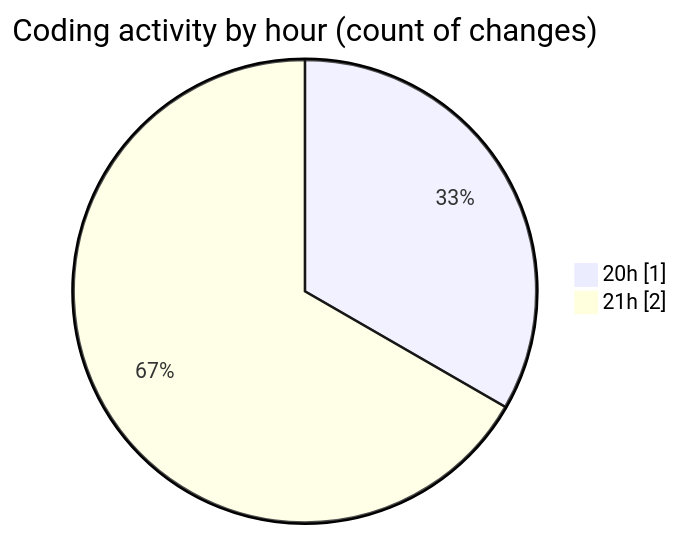
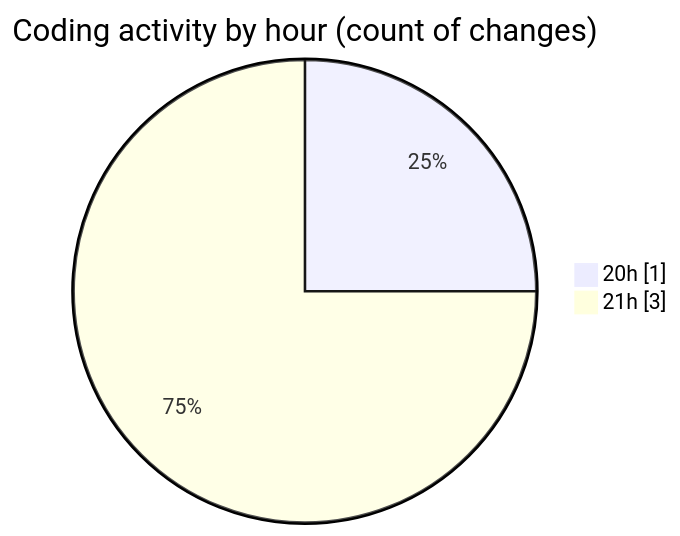
The second of 2 diagrams in 2025-02-06/portofolio/README.md (donsfak/code-tracking), drawn with Mermaid before and after one commit. The commit also changed other lines of this file and 1 other file, not shown here.

````diff
--- a/2025-02-06/portofolio/README.md
+++ b/2025-02-06/portofolio/README.md
@@ -30,6 +32,6 @@
 ```mermaid
 pie showData
 title Coding activity by hour (count of changes)
 "20h" : 1
-"21h" : 2
+"21h" : 3
 ```
````
